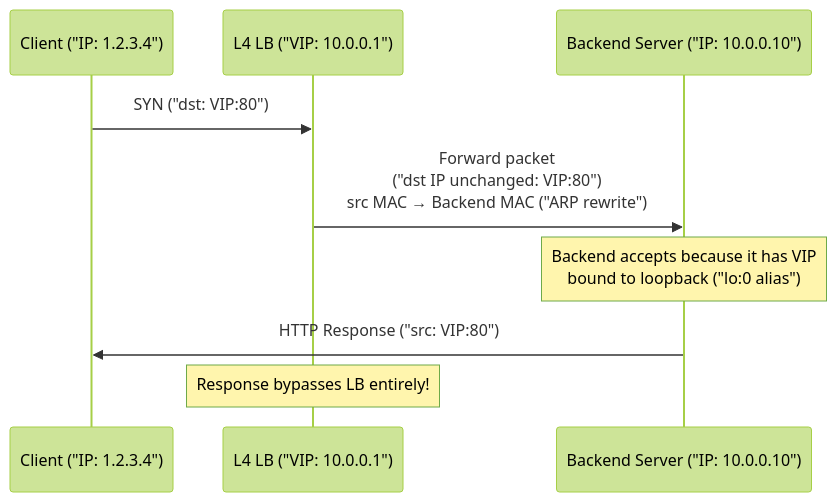
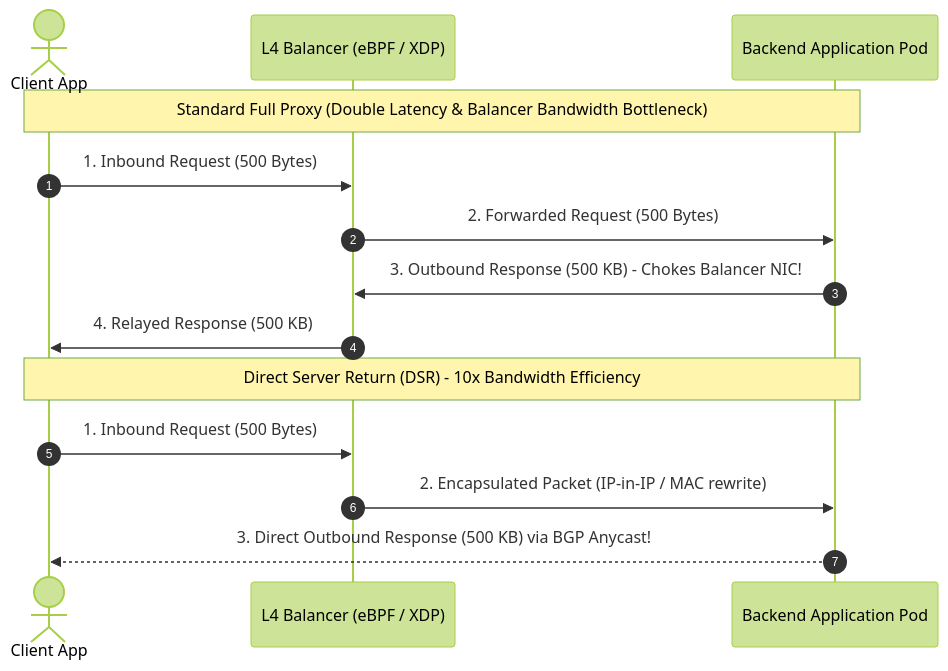
Before and after one commit to vesviet/vesviet: the second of 5 diagrams in content/series/system-design/02-load-balancing-api-gateway-go.md, drawn with Mermaid (forest theme). The commit also changed other lines of this file and 38 other files, not shown here.

````diff
--- a/content/series/system-design/02-load-balancing-api-gateway-go.md
+++ b/content/series/system-design/02-load-balancing-api-gateway-go.md
@@ -93,12 +74,18 @@
 ```mermaid
 sequenceDiagram
-    participant C as Client ("IP: 1.2.3.4")
-    participant LB as L4 LB ("VIP: 10.0.0.1")
-    participant B as Backend Server ("IP: 10.0.0.10")
+    autonumber
+    actor Client as Client App
+    participant L4 as L4 Balancer (eBPF / XDP)
+    participant Backend as Backend Application Pod
 
-    C->>LB: SYN ("dst: VIP:80")
-    LB->>B: Forward packet<br/>("dst IP unchanged: VIP:80")<br/>src MAC → Backend MAC ("ARP rewrite")
-    Note over B: Backend accepts because it has VIP<br/>bound to loopback ("lo:0 alias")
-    B->>C: HTTP Response ("src: VIP:80")
-    Note over LB: Response bypasses LB entirely!
+    Note over Client,Backend: Standard Full Proxy (Double Latency & Balancer Bandwidth Bottleneck)
+    Client->>L4: 1. Inbound Request (500 Bytes)
+    L4->>Backend: 2. Forwarded Request (500 Bytes)
+    Backend->>L4: 3. Outbound Response (500 KB) - Chokes Balancer NIC!
+    L4->>Client: 4. Relayed Response (500 KB)
+
+    Note over Client,Backend: Direct Server Return (DSR) - 10x Bandwidth Efficiency
+    Client->>L4: 1. Inbound Request (500 Bytes)
+    L4->>Backend: 2. Encapsulated Packet (IP-in-IP / MAC rewrite)
+    Backend-->>Client: 3. Direct Outbound Response (500 KB) via BGP Anycast!
 ```
````
